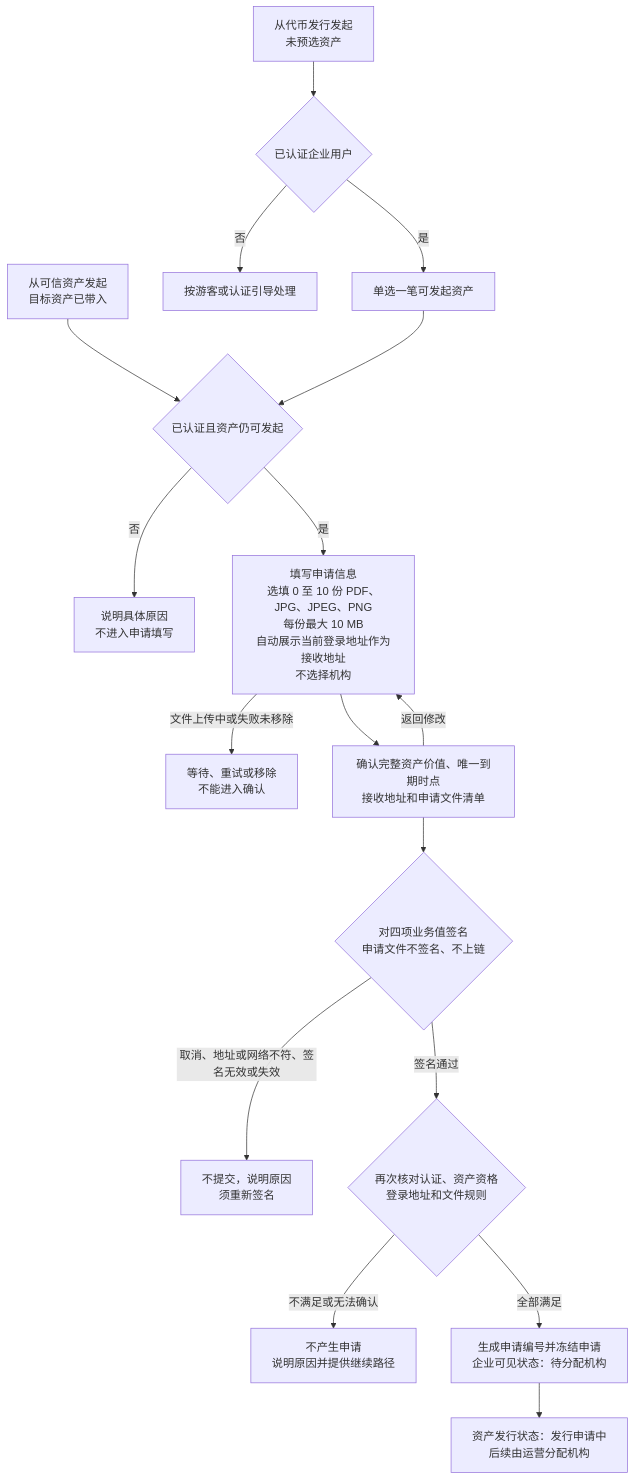
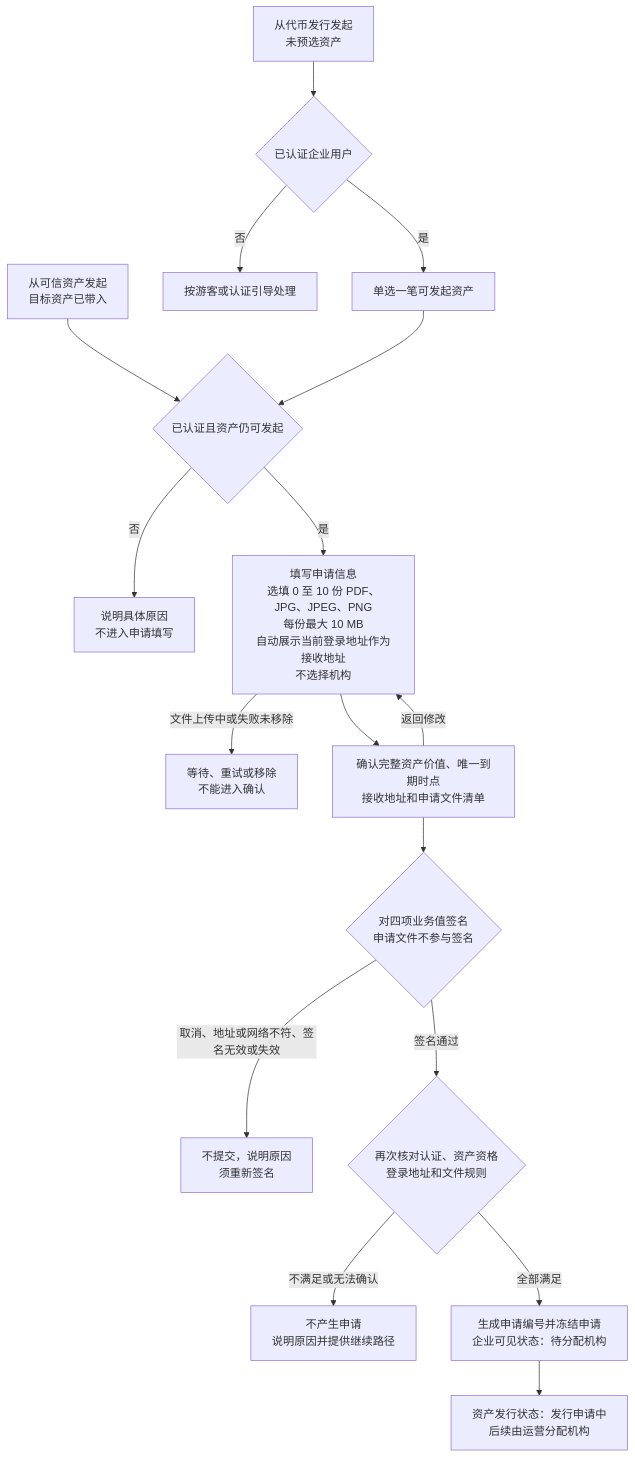
The first of 3 diagrams in token-issuance-platform/PRD/面客端/M3a-代币发行-企业申请/02-代币发行-企业申请-流程图与状态机.md (wxblockchain/Chain-Financing), drawn with Mermaid before and after one commit. The commit also changed other lines of this file and 2 other files, not shown here.

````diff
--- a/token-issuance-platform/PRD/面客端/M3a-代币发行-企业申请/02-代币发行-企业申请-流程图与状态机.md
+++ b/token-issuance-platform/PRD/面客端/M3a-代币发行-企业申请/02-代币发行-企业申请-流程图与状态机.md
@@ -16,19 +16,19 @@
 ```mermaid
 flowchart TD
     A1[从可信资产发起<br/>目标资产已带入] --> B{已认证且资产仍可发起}
     A2[从代币发行发起<br/>未预选资产] --> C{已认证企业用户}
     C -->|否| C1[按游客或认证引导处理]
     C -->|是| D[单选一笔可发起资产]
     D --> B
     B -->|否| B1[说明具体原因<br/>不进入申请填写]
     B -->|是| E[填写申请信息<br/>选填 0 至 10 份 PDF、JPG、JPEG、PNG<br/>每份最大 10 MB<br/>自动展示当前登录地址作为接收地址<br/>不选择机构]
     E -->|文件上传中或失败未移除| E1[等待、重试或移除<br/>不能进入确认]
     E --> F[确认完整资产价值、唯一到期时点<br/>接收地址和申请文件清单]
     F -->|返回修改| E
-    F --> G{对四项业务值签名<br/>申请文件不签名、不上链}
+    F --> G{对四项业务值签名<br/>申请文件不参与签名}
     G -->|取消、地址或网络不符、签名无效或失效| G1[不提交，说明原因<br/>须重新签名]
     G -->|签名通过| H{再次核对认证、资产资格<br/>登录地址和文件规则}
     H -->|不满足或无法确认| H1[不产生申请<br/>说明原因并提供继续路径]
     H -->|全部满足| I[生成申请编号并冻结申请<br/>企业可见状态：待分配机构]
     I --> J[资产发行状态：发行申请中<br/>后续由运营分配机构]
 ```
````
